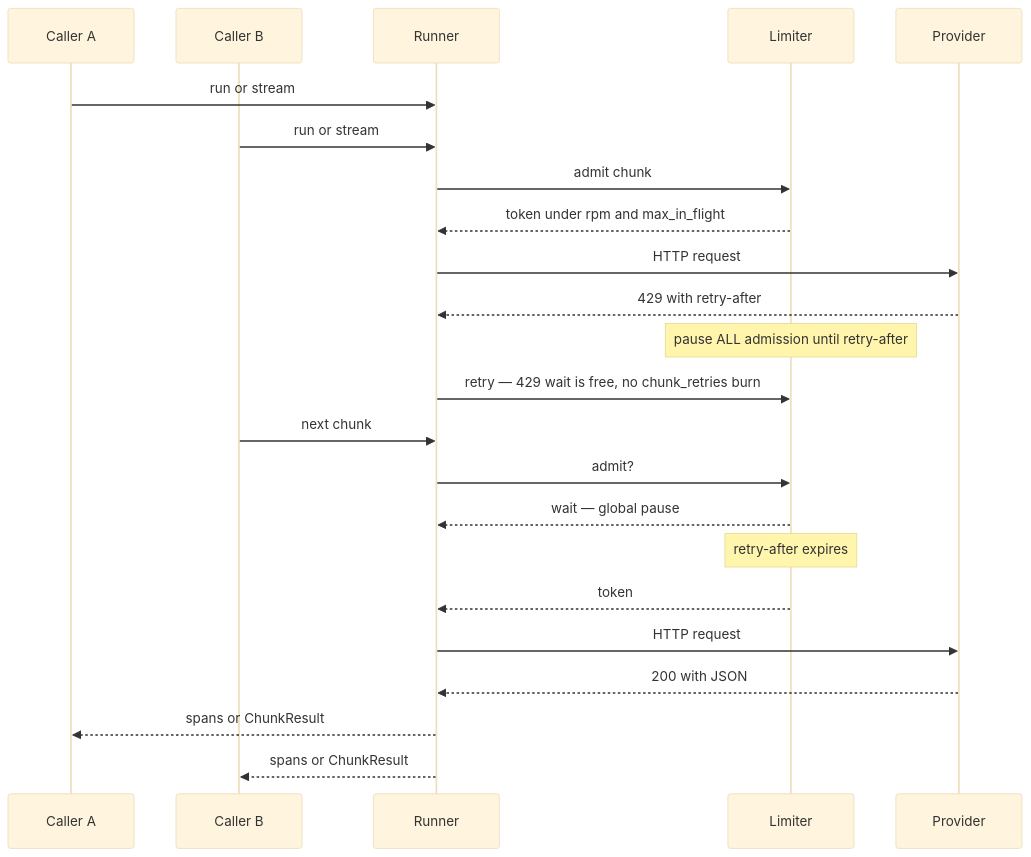
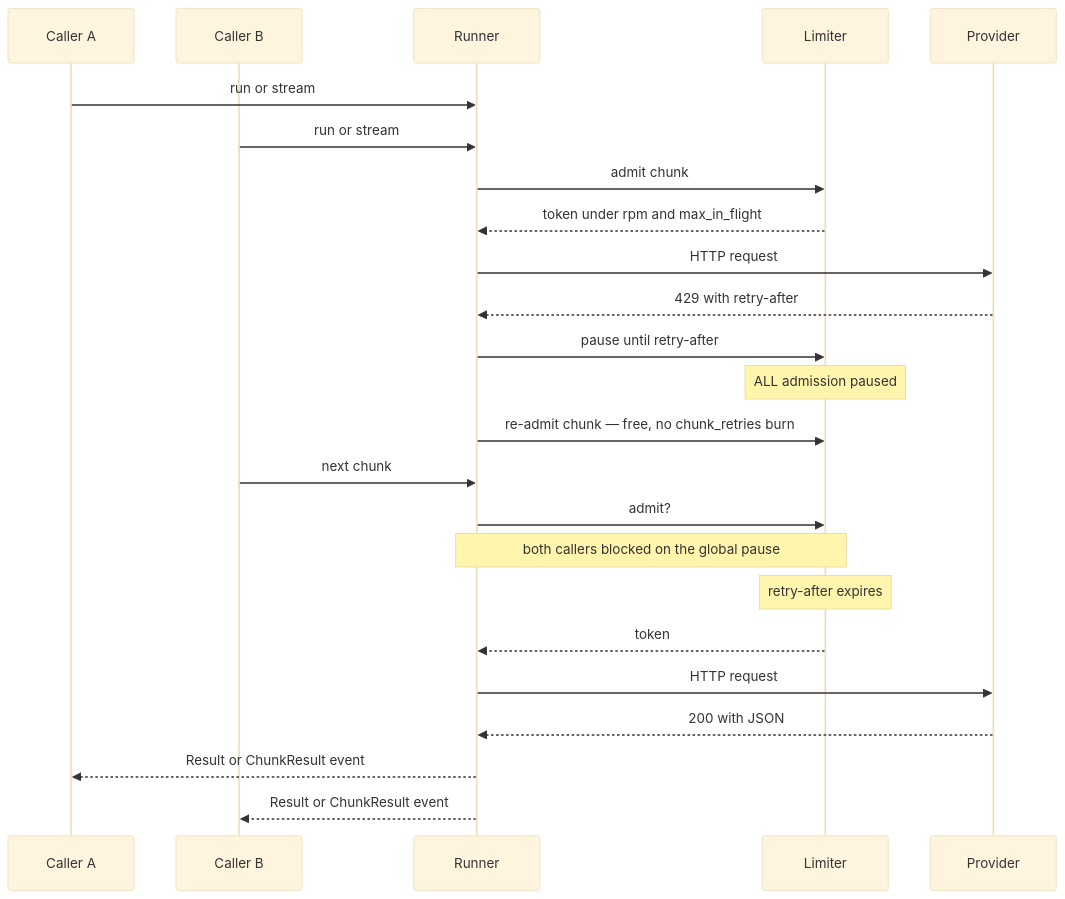
One commit to mdepolli/lang_extract changed the first of 3 diagrams in guides/production.md. Above: the diagram before and after it, drawn with Mermaid (base theme). The commit also changed other lines of this file and 2 other files, not shown here.

Commit message:
Diagram fixes from review: real arrows, bounded retries, boxed fall-through.

````diff
--- a/guides/production.md
+++ b/guides/production.md
@@ -69,26 +69,27 @@
 ```mermaid
 sequenceDiagram
     participant A as Caller A
     participant B as Caller B
     participant R as Runner
     participant L as Limiter
     participant P as Provider
 
     A->>R: run or stream
     B->>R: run or stream
     R->>L: admit chunk
     L-->>R: token under rpm and max_in_flight
     R->>P: HTTP request
     P-->>R: 429 with retry-after
-    Note over L: pause ALL admission until retry-after
-    R->>L: retry — 429 wait is free, no chunk_retries burn
+    R->>L: pause until retry-after
+    Note over L: ALL admission paused
+    R->>L: re-admit chunk — free, no chunk_retries burn
     B->>R: next chunk
     R->>L: admit?
-    L-->>R: wait — global pause
+    Note over R,L: both callers blocked on the global pause
     Note over L: retry-after expires
     L-->>R: token
     R->>P: HTTP request
     P-->>R: 200 with JSON
-    R-->>A: spans or ChunkResult
-    R-->>B: spans or ChunkResult
+    R-->>A: Result or ChunkResult event
+    R-->>B: Result or ChunkResult event
 ```
````
